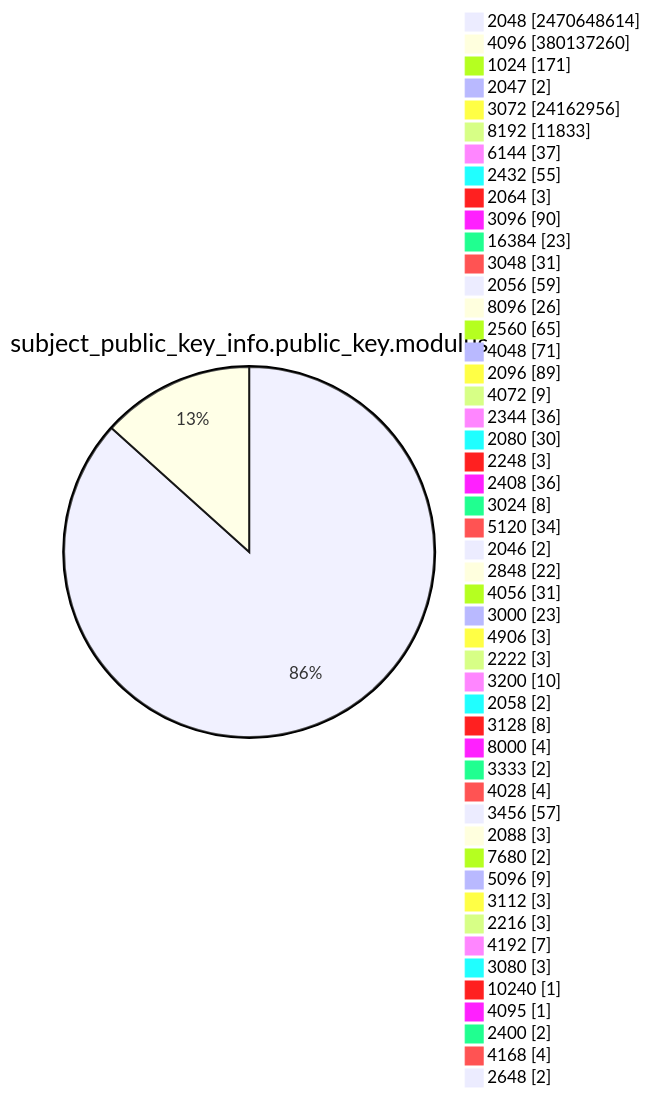
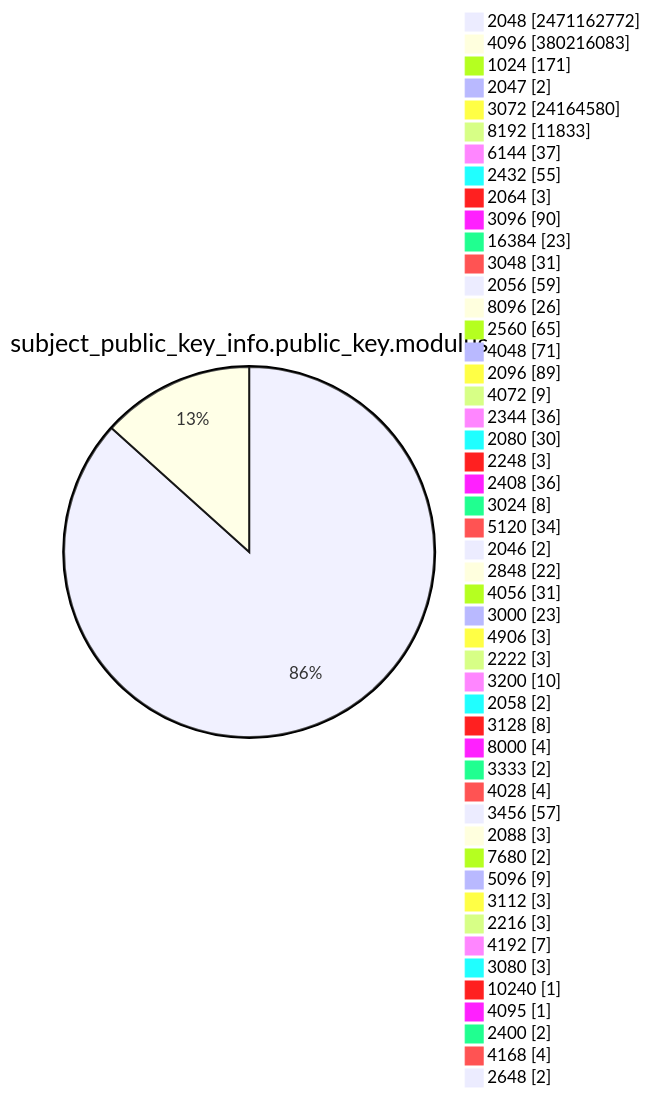
One commit to christiankrug/ctmonitor_visualization changed diagram 13 of 15 in TOTAL/README.md. Above: the diagram before and after it, drawn with Mermaid. The commit also changed other lines of this file, not shown here.

````diff
--- a/TOTAL/README.md
+++ b/TOTAL/README.md
@@ -4168,53 +4168,53 @@
 ```mermaid
 pie showData
 title subject_public_key_info.public_key.modulus
-"2048" :2470648614
-"4096" :380137260
+"2048" :2471162772
+"4096" :380216083
 "1024" :171
 "2047" :2
-"3072" :24162956
+"3072" :24164580
 "8192" :11833
 "6144" :37
 "2432" :55
 "2064" :3
 "3096" :90
 "16384" :23
 "3048" :31
 "2056" :59
 "8096" :26
 "2560" :65
 "4048" :71
 "2096" :89
 "4072" :9
 "2344" :36
 "2080" :30
 "2248" :3
 "2408" :36
 "3024" :8
 "5120" :34
 "2046" :2
 "2848" :22
 "4056" :31
 "3000" :23
 "4906" :3
 "2222" :3
 "3200" :10
 "2058" :2
 "3128" :8
 "8000" :4
 "3333" :2
 "4028" :4
 "3456" :57
 "2088" :3
 "7680" :2
 "5096" :9
 "3112" :3
 "2216" :3
 "4192" :7
 "3080" :3
 "10240" :1
 "4095" :1
 "2400" :2
 "4168" :4
 "2648" :2
 ```
````
